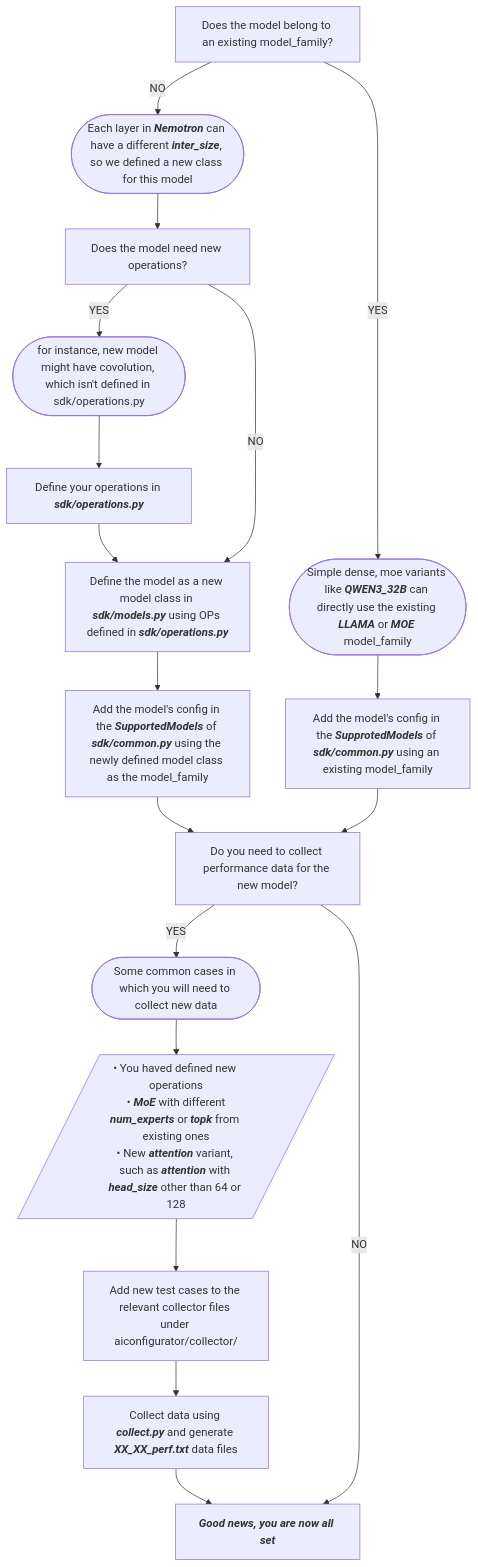
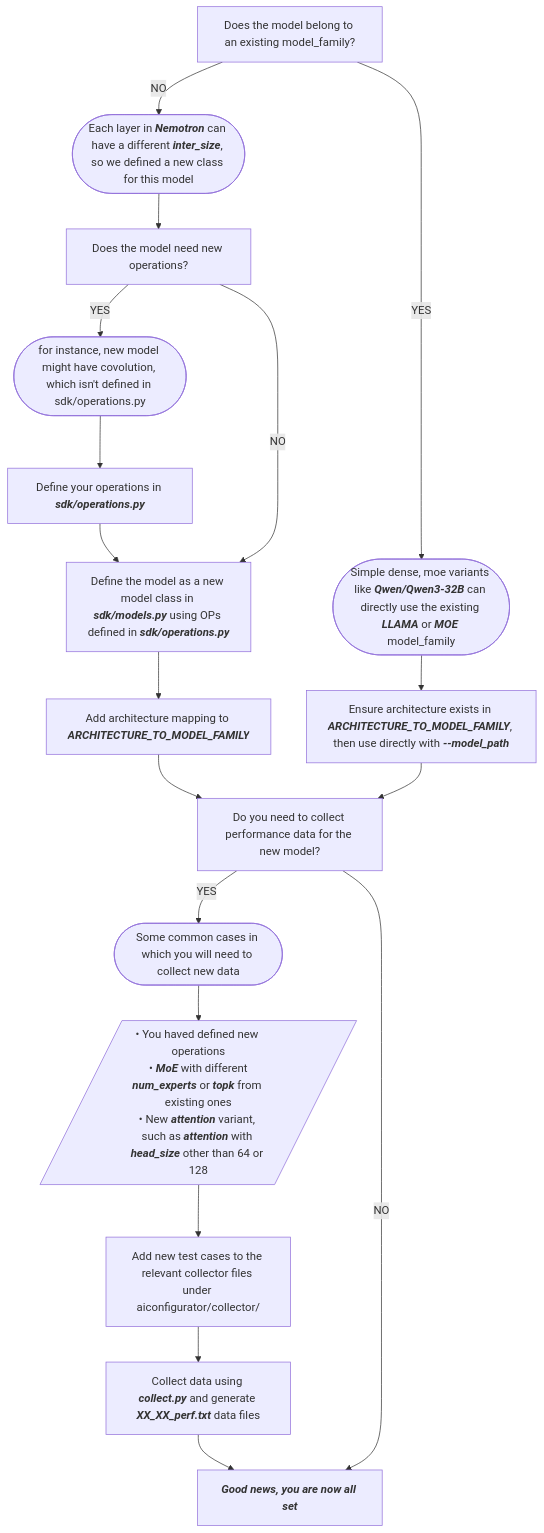
Before and after one commit to Mewtwo-Jieyu/AIC-mewtwo: the diagram in docs/add_a_new_model.md, drawn with Mermaid. The commit also changed other lines of this file and 66 other files, not shown here.

First line of the commit message:
feat: use model_path as the unified model input argument (#289)

````diff
--- a/docs/add_a_new_model.md
+++ b/docs/add_a_new_model.md
@@ -134,21 +123,21 @@
 ```mermaid
 flowchart TD
     A[Does the model belong to an existing model_family?]
-    A --> |YES| B([Simple dense, moe variants like <i><b>QWEN3_32B</b></i> can directly use the existing <i><b>LLAMA</b></i> or <i><b>MOE</b></i> model_family])
-    B --> C[Add the model's config in the <i><b>SupprotedModels</b></i> of <i><b>sdk/common.py</b></i> using an existing model_family]
+    A --> |YES| B([Simple dense, moe variants like <i><b>Qwen/Qwen3-32B</b></i> can directly use the existing <i><b>LLAMA</b></i> or <i><b>MOE</b></i> model_family])
+    B --> C[Ensure architecture exists in <i><b>ARCHITECTURE_TO_MODEL_FAMILY</b></i>, then use directly with <i><b>--model_path</b></i>]
     A --> |NO| D([Each layer in <i><b>Nemotron</b></i> can have a different <i><b>inter_size</b></i>, so we defined a new class for this model])
     D --> E[Does the model need new operations?]
     E --> |YES| F([for instance, new model might have covolution, which isn't defined in sdk/operations.py])
     F --> G[Define your operations in <b><i>sdk/operations.py</b></i>]
     G --> H[Define the model as a new model class in <i><b>sdk/models.py</b></i> using OPs defined in <i><b>sdk/operations.py</b></i>]
     E --> |NO|H
-    H --> i[Add the model's config in the <i><b>SupportedModels</b></i> of <i><b>sdk/common.py</b></i> using the newly defined model class as the model_family]
+    H --> i[Add architecture mapping to <i><b>ARCHITECTURE_TO_MODEL_FAMILY</b></i>]
     i --> j[Do you need to collect performance data for the new model?]
     C --> j
     j --> |YES|K([Some common cases in which you will need to collect new data])
     K --> L[/• You haved defined new operations<br/> • <i><b>MoE</b></i> with different <i><b>num_experts</b></i> or <i><b>topk</b></i> from existing ones<br/>• New <i><b>attention</b></i> variant, such as <b><i>attention</b></i> with <b><i>head_size</b></i> other than 64 or 128/]
     L --> M[Add new test cases to the relevant collector files under aiconfigurator/collector/]
     M --> N[Collect data using <i><b>collect.py</b></i> and generate <i><b>XX_XX_perf.txt</b></i> data files]
     N --> Z
     j --> |NO|Z[<i><b>Good news, you are now all set</b></i>]
 ```
````
